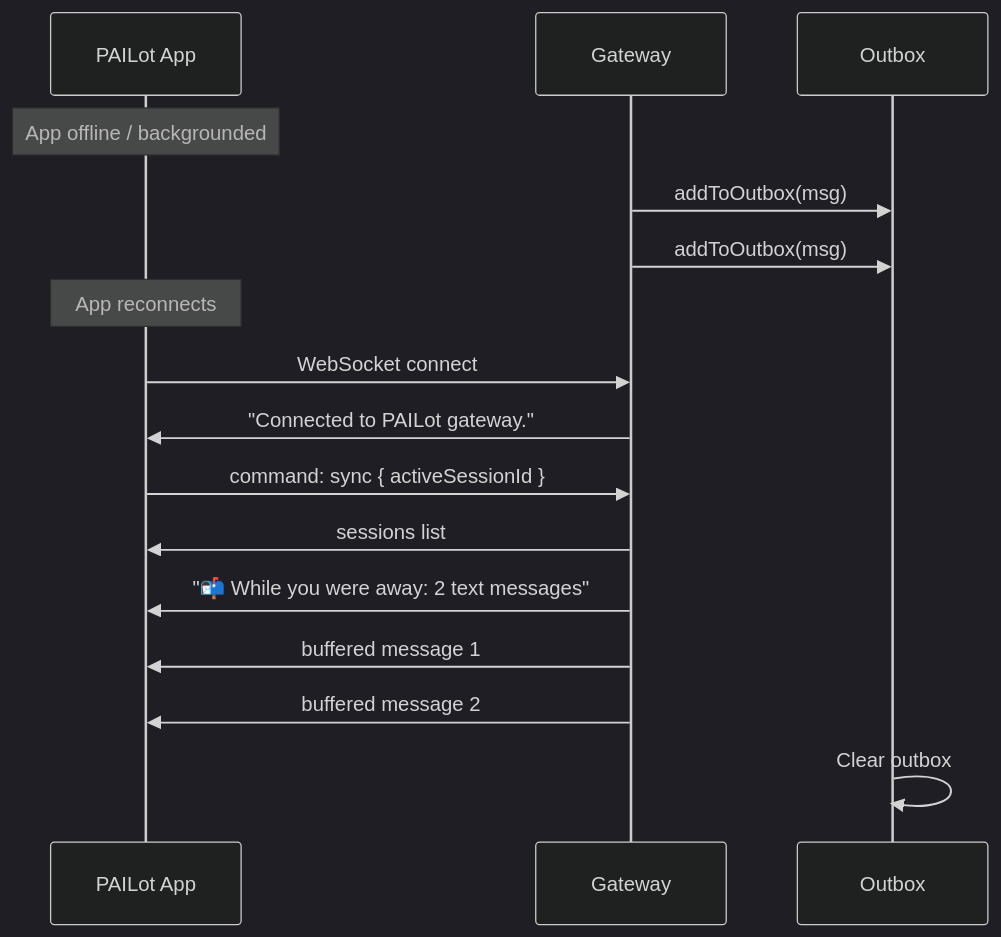
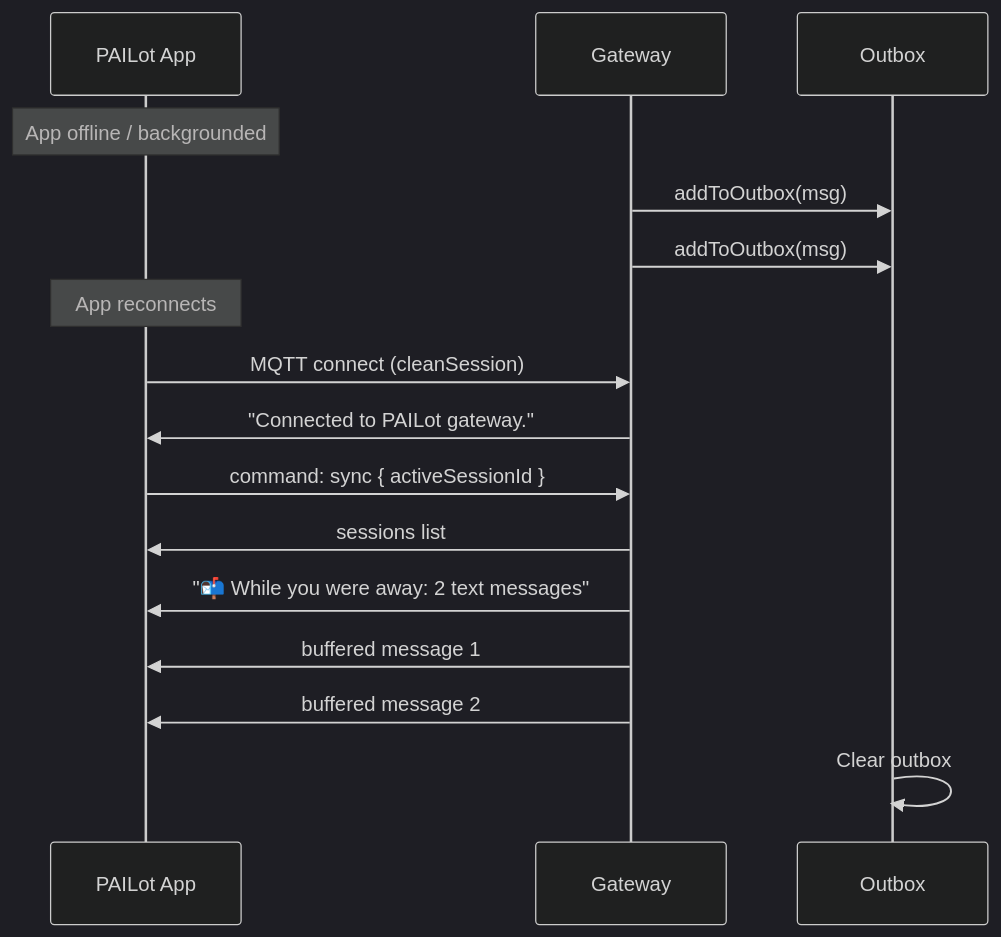
One commit to mnott/AIBroker changed the diagram in docs/pailot.md. Above: the diagram before and after it, drawn with Mermaid (dark theme). The commit also changed other lines of this file and 23 other files, not shown here.

````diff
--- a/docs/pailot.md
+++ b/docs/pailot.md
@@ -446,22 +490,22 @@
 ```mermaid
 sequenceDiagram
     participant A as PAILot App
     participant G as Gateway
     participant O as Outbox
 
     Note over A: App offline / backgrounded
 
     G->>O: addToOutbox(msg)
     G->>O: addToOutbox(msg)
 
     Note over A: App reconnects
 
-    A->>G: WebSocket connect
+    A->>G: MQTT connect (cleanSession)
     G->>A: "Connected to PAILot gateway."
     A->>G: command: sync { activeSessionId }
     G->>A: sessions list
     G->>A: "📬 While you were away: 2 text messages"
     G->>A: buffered message 1
     G->>A: buffered message 2
     O->>O: Clear outbox
 ```
````
